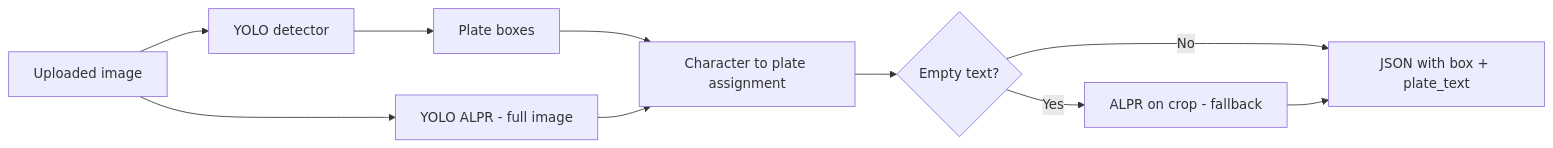
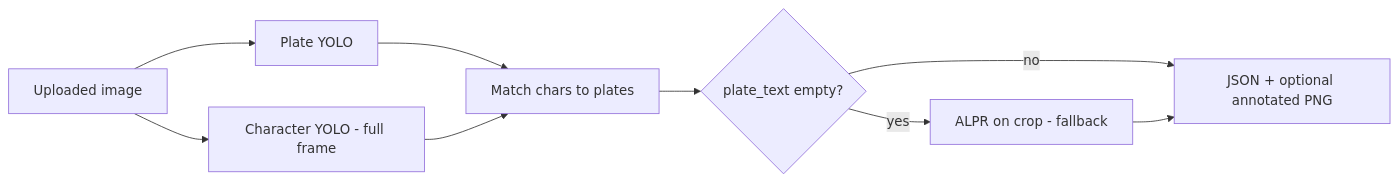
Before and after one commit to sidnei-almeida/brazilian-license-plate-recognition: the diagram in README.md, drawn with Mermaid. The commit also changed other lines of this file and 2 other files, not shown here.

````diff
--- a/README.md
+++ b/README.md
@@ -28,12 +67,11 @@
 ```mermaid
 flowchart LR
-  A[Uploaded image] --> B[YOLO detector]
-  B --> C[Plate boxes]
-  A --> D[YOLO ALPR - full image]
-  C --> E[Character to plate assignment]
-  D --> E
-  E --> F{Empty text?}
-  F -->|Yes| G[ALPR on crop - fallback]
-  F -->|No| H[JSON with box + plate_text]
-  G --> H
+  U[Uploaded image] --> D[Plate YOLO]
+  U --> A[Character YOLO - full frame]
+  D --> M[Match chars to plates]
+  A --> M
+  M --> Q{plate_text empty?}
+  Q -->|yes| C[ALPR on crop - fallback]
+  Q -->|no| R[JSON + optional annotated PNG]
+  C --> R
 ```
````
